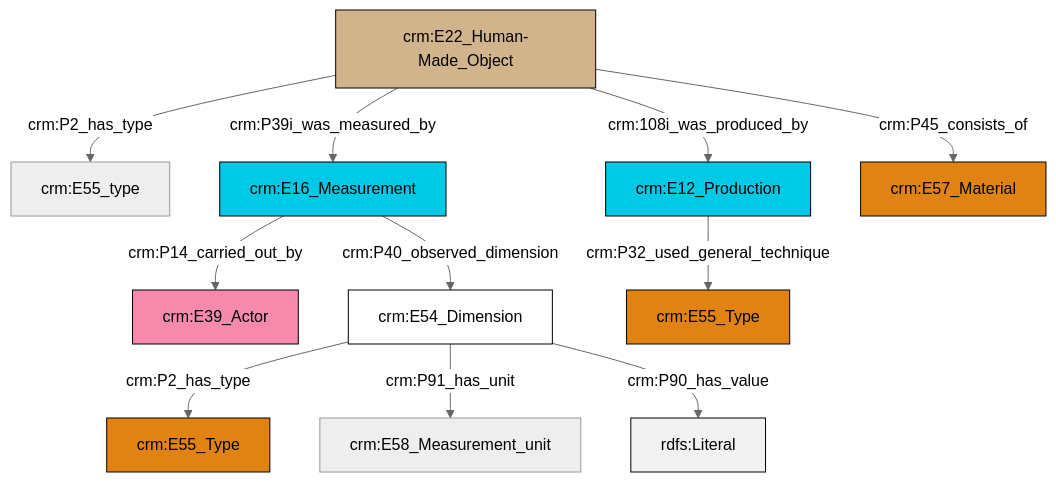
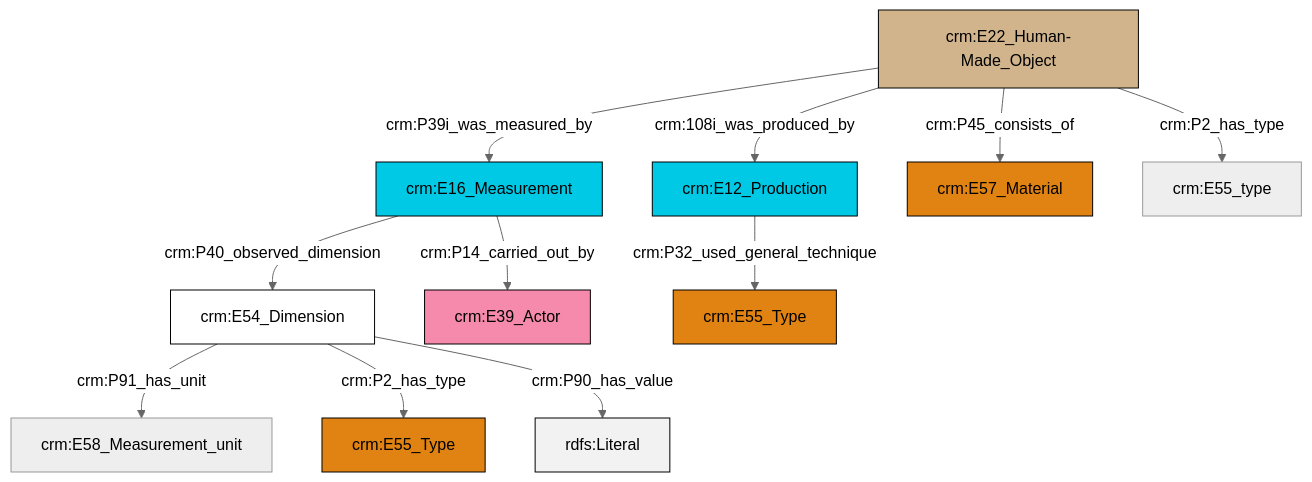
Before and after one commit to swiss-art-research-net/docs.swissartresearch: the diagram in et/artworkCSV/ttl/mmd/Artwork_substance.ttl.mmd, drawn with Mermaid (neutral theme). The commit also changed 178 other files, not shown here.

```diff
--- a/et/artworkCSV/ttl/mmd/Artwork_substance.ttl.mmd
+++ b/et/artworkCSV/ttl/mmd/Artwork_substance.ttl.mmd
@@ -1,25 +1,25 @@
 graph TD
 classDef Literal fill:#f2f2f2,stroke:#000000;
 classDef CRM_Entity fill:#FFFFFF,stroke:#000000;
 classDef Temporal_Entity fill:#00C9E6, stroke:#000000;
 classDef Type fill:#E18312, stroke:#000000;
 classDef Time-Span fill:#2C9C91, stroke:#000000;
 classDef Appellation fill:#FFEB7F, stroke:#000000;
 classDef Place fill:#008836, stroke:#000000;
 classDef Persistent_Item fill:#B266B2, stroke:#000000;
 classDef Conceptual_Object fill:#FFD700, stroke:#000000;
 classDef Physical_Thing fill:#D2B48C, stroke:#000000;
 classDef Actor fill:#f58aad, stroke:#000000;
 classDef PC_Classes fill:#4ce600, stroke:#000000;
 classDef Multi fill:#cccccc,stroke:#000000;
 
-8["crm:E16_Measurement"]:::Temporal_Entity -->|crm:P40_observed_dimension| 2["crm:E54_Dimension"]:::CRM_Entity
-4["crm:E22_Human-Made_Object"]:::Physical_Thing -->|crm:108i_was_produced_by| 9["crm:E12_Production"]:::Temporal_Entity
-2["crm:E54_Dimension"]:::CRM_Entity -->|crm:P2_has_type| 10["crm:E55_Type"]:::Type
-2["crm:E54_Dimension"]:::CRM_Entity -->|crm:P91_has_unit| 14["crm:E58_Measurement_unit"]:::Default
-9["crm:E12_Production"]:::Temporal_Entity -->|crm:P32_used_general_technique| 12["crm:E55_Type"]:::Type
-8["crm:E16_Measurement"]:::Temporal_Entity -->|crm:P14_carried_out_by| 0["crm:E39_Actor"]:::Actor
-4["crm:E22_Human-Made_Object"]:::Physical_Thing -->|crm:P45_consists_of| 18["crm:E57_Material"]:::Type
-4["crm:E22_Human-Made_Object"]:::Physical_Thing -->|crm:P2_has_type| 6["crm:E55_type"]:::Default
-4["crm:E22_Human-Made_Object"]:::Physical_Thing -->|crm:P39i_was_measured_by| 8["crm:E16_Measurement"]:::Temporal_Entity
+0["crm:E22_Human-Made_Object"]:::Physical_Thing -->|crm:108i_was_produced_by| 1["crm:E12_Production"]:::Temporal_Entity
+2["crm:E54_Dimension"]:::CRM_Entity -->|crm:P91_has_unit| 3["crm:E58_Measurement_unit"]:::Default
+0["crm:E22_Human-Made_Object"]:::Physical_Thing -->|crm:P39i_was_measured_by| 4["crm:E16_Measurement"]:::Temporal_Entity
+0["crm:E22_Human-Made_Object"]:::Physical_Thing -->|crm:P45_consists_of| 6["crm:E57_Material"]:::Type
+1["crm:E12_Production"]:::Temporal_Entity -->|crm:P32_used_general_technique| 10["crm:E55_Type"]:::Type
+4["crm:E16_Measurement"]:::Temporal_Entity -->|crm:P40_observed_dimension| 2["crm:E54_Dimension"]:::CRM_Entity
+2["crm:E54_Dimension"]:::CRM_Entity -->|crm:P2_has_type| 12["crm:E55_Type"]:::Type
+4["crm:E16_Measurement"]:::Temporal_Entity -->|crm:P14_carried_out_by| 8["crm:E39_Actor"]:::Actor
+0["crm:E22_Human-Made_Object"]:::Physical_Thing -->|crm:P2_has_type| 14["crm:E55_type"]:::Default
 2["crm:E54_Dimension"]:::CRM_Entity -->|crm:P90_has_value| 20[rdfs:Literal]:::Literal
```
